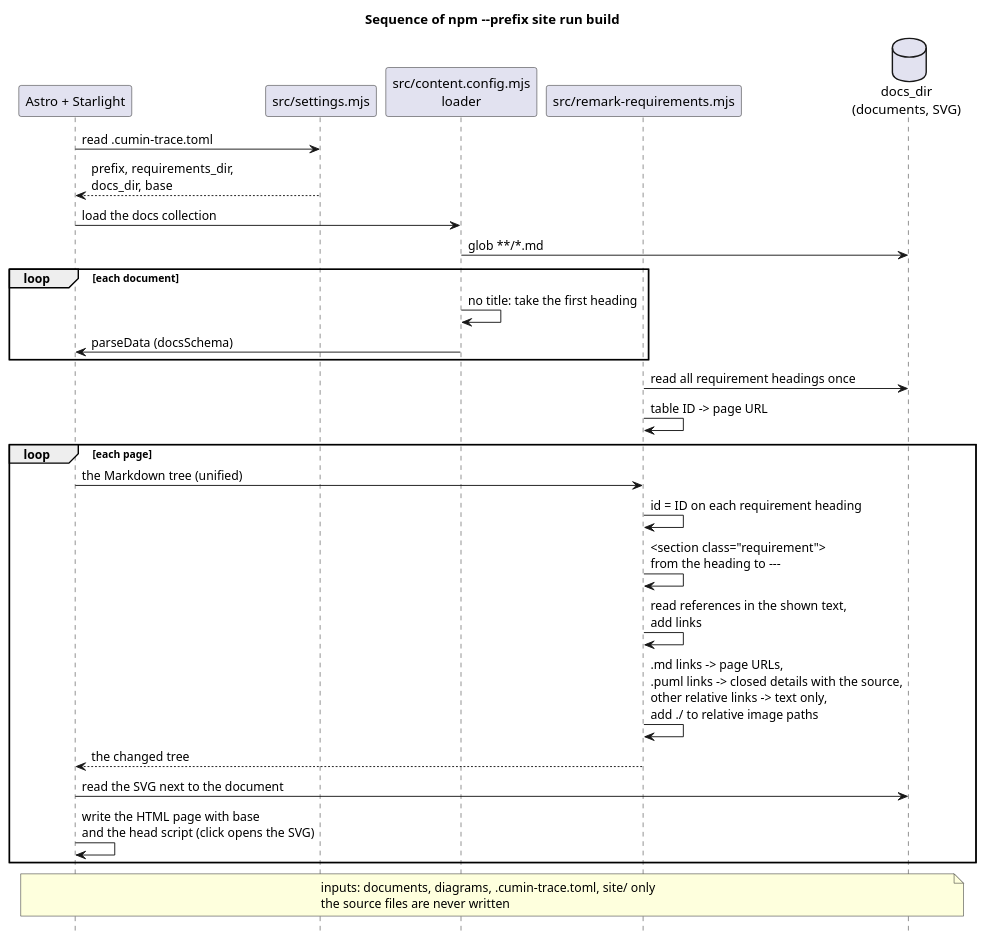
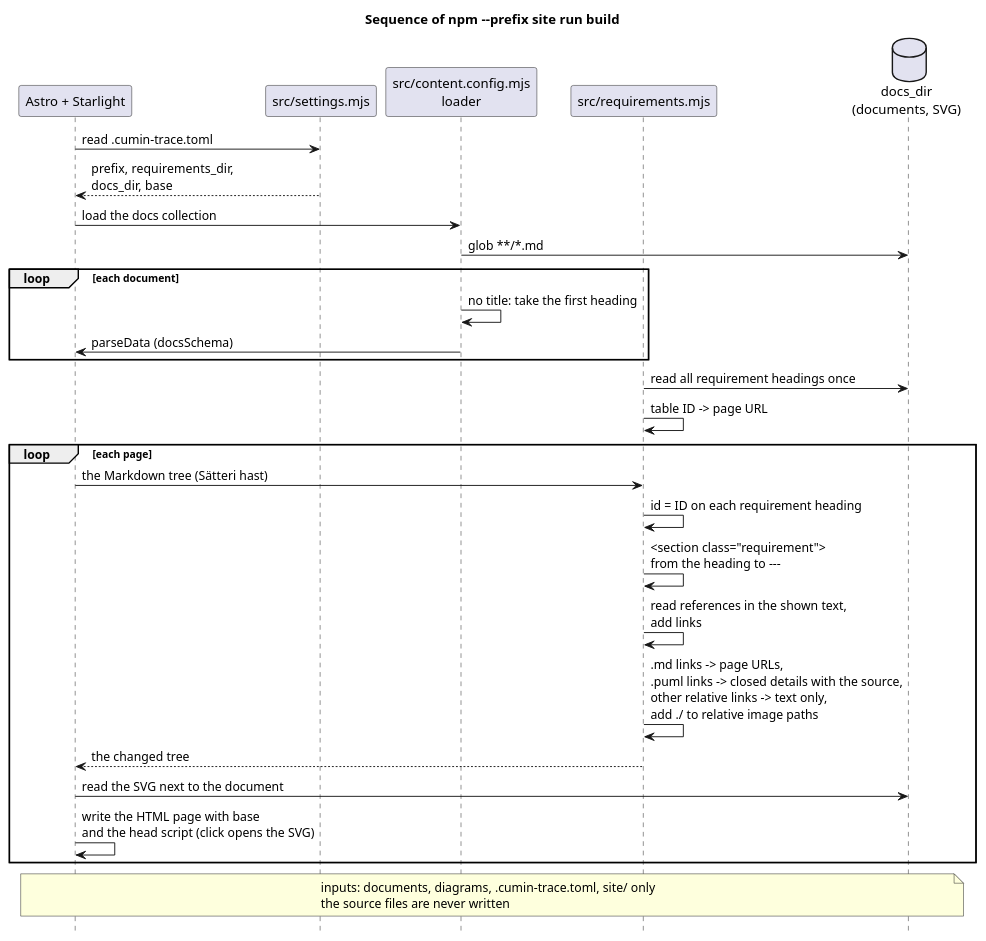
The diagram in docs/ja/designs/site/site-sequence.puml (cloveclovedev/cumin-trace), drawn with PlantUML before and after one commit. The commit also changed 15 other files, not shown here.

```diff
--- a/docs/ja/designs/site/site-sequence.puml
+++ b/docs/ja/designs/site/site-sequence.puml
@@ -1,37 +1,37 @@
 @startuml site-sequence
 title Sequence of npm --prefix site run build
 skinparam shadowing false
 hide footbox
 
 participant "Astro + Starlight" as astro
 participant "src/settings.mjs" as settings
 participant "src/content.config.mjs\nloader" as loader
-participant "src/remark-requirements.mjs" as remark
+participant "src/requirements.mjs" as remark
 database "docs_dir\n(documents, SVG)" as docs
 
 astro -> settings : read .cumin-trace.toml
 settings --> astro : prefix, requirements_dir,\ndocs_dir, base
 astro -> loader : load the docs collection
 loader -> docs : glob **/*.md
 loop each document
   loader -> loader : no title: take the first heading
   loader -> astro : parseData (docsSchema)
 end
 remark -> docs : read all requirement headings once
 remark -> remark : table ID -> page URL
 loop each page
-  astro -> remark : the Markdown tree (unified)
+  astro -> remark : the Markdown tree (Sätteri hast)
   remark -> remark : id = ID on each requirement heading
   remark -> remark : <section class="requirement">\nfrom the heading to ---
   remark -> remark : read references in the shown text,\nadd links
   remark -> remark : .md links -> page URLs,\n.puml links -> closed details with the source,\nother relative links -> text only,\nadd ./ to relative image paths
   remark --> astro : the changed tree
   astro -> docs : read the SVG next to the document
   astro -> astro : write the HTML page with base\nand the head script (click opens the SVG)
 end
 
 note over astro, docs
   inputs: documents, diagrams, .cumin-trace.toml, site/ only
   the source files are never written
 end note
 @enduml
```
